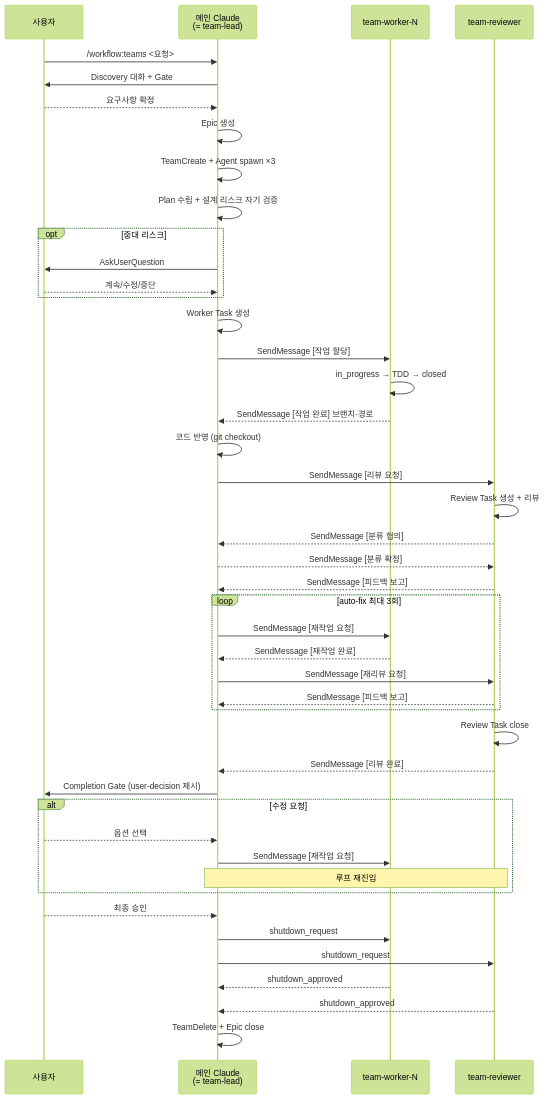
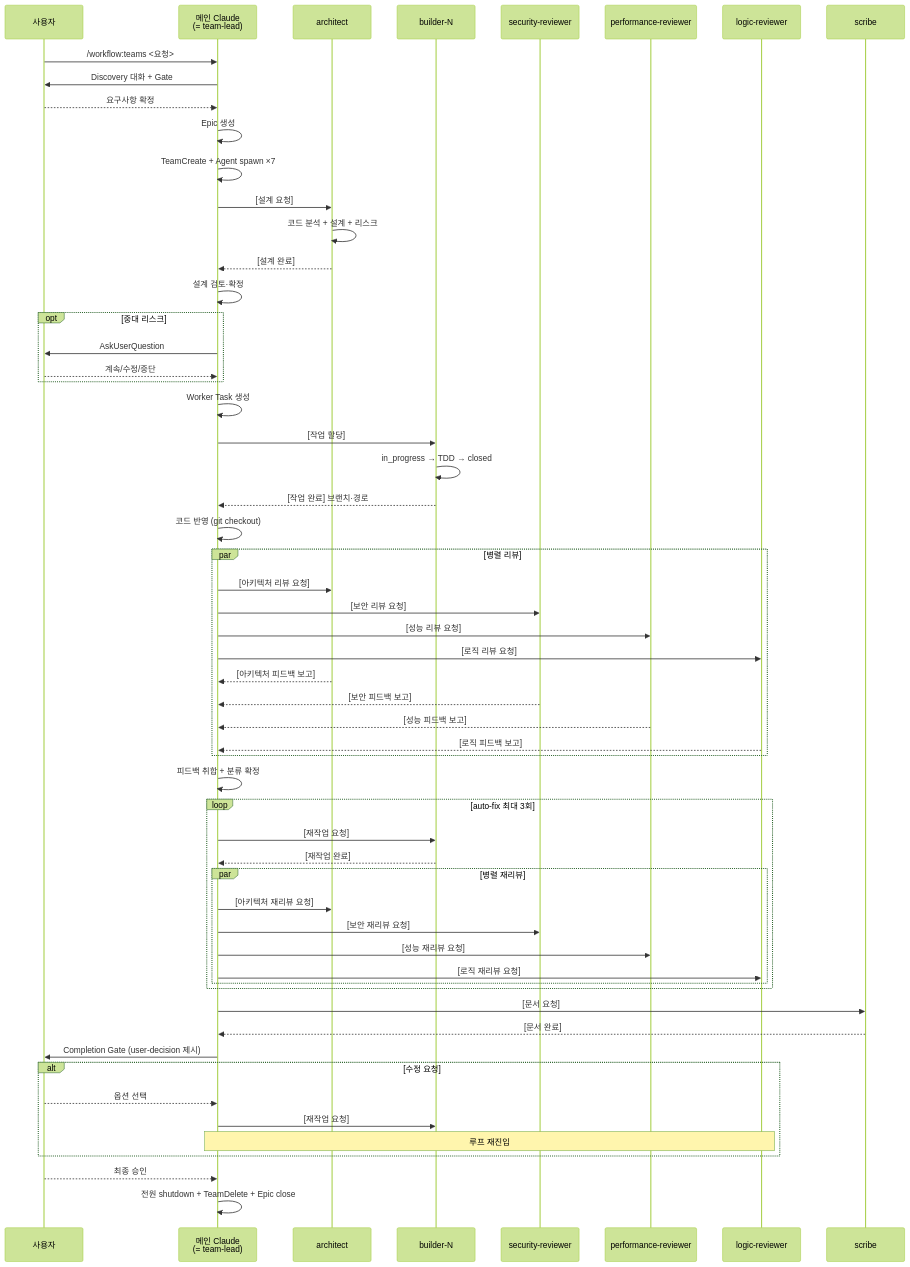
Before and after one commit to Wondermove-Inc/calab-claude-plugin: the diagram in plugins/workflow/skills/teams/SKILL.md, drawn with Mermaid (forest theme). The commit also changed other lines of this file and 14 other files, not shown here.

First line of the commit message:
[refactor]: teams 워크플로우 7인 팀 구조 전환 (workflow 4.0.1)

````diff
--- a/plugins/workflow/skills/teams/SKILL.md
+++ b/plugins/workflow/skills/teams/SKILL.md
@@ -53,52 +57,65 @@
 ```mermaid
 ---
 config:
   layout: elk
 ---
 sequenceDiagram
     participant U as 사용자
     participant MC as 메인 Claude<br/>(= team-lead)
-    participant W as team-worker-N
-    participant R as team-reviewer
+    participant A as architect
+    participant B as builder-N
+    participant SR as security-reviewer
+    participant PR as performance-reviewer
+    participant LR as logic-reviewer
+    participant S as scribe
 
     U->>MC: /workflow:teams <요청>
     MC->>U: Discovery 대화 + Gate
     U-->>MC: 요구사항 확정
     MC->>MC: Epic 생성
-    MC->>MC: TeamCreate + Agent spawn ×3
-    MC->>MC: Plan 수립 + 설계 리스크 자기 검증
+    MC->>MC: TeamCreate + Agent spawn ×7
+    MC->>A: [설계 요청]
+    A->>A: 코드 분석 + 설계 + 리스크
+    A-->>MC: [설계 완료]
+    MC->>MC: 설계 검토·확정
     opt 중대 리스크
         MC->>U: AskUserQuestion
         U-->>MC: 계속/수정/중단
     end
     MC->>MC: Worker Task 생성
-    MC->>W: SendMessage [작업 할당]
-    W->>W: in_progress → TDD → closed
-    W-->>MC: SendMessage [작업 완료] 브랜치·경로
+    MC->>B: [작업 할당]
+    B->>B: in_progress → TDD → closed
+    B-->>MC: [작업 완료] 브랜치·경로
     MC->>MC: 코드 반영 (git checkout)
-    MC->>R: SendMessage [리뷰 요청]
-    R->>R: Review Task 생성 + 리뷰
-    R-->>MC: SendMessage [분류 협의]
-    MC-->>R: SendMessage [분류 확정]
-    R-->>MC: SendMessage [피드백 보고]
+    par 병렬 리뷰
+        MC->>A: [아키텍처 리뷰 요청]
+        MC->>SR: [보안 리뷰 요청]
+        MC->>PR: [성능 리뷰 요청]
+        MC->>LR: [로직 리뷰 요청]
+        A-->>MC: [아키텍처 피드백 보고]
+        SR-->>MC: [보안 피드백 보고]
+        PR-->>MC: [성능 피드백 보고]
+        LR-->>MC: [로직 피드백 보고]
+    end
+    MC->>MC: 피드백 취합 + 분류 확정
     loop auto-fix 최대 3회
-        MC->>W: SendMessage [재작업 요청]
-        W-->>MC: SendMessage [재작업 완료]
-        MC->>R: SendMessage [재리뷰 요청]
-        R-->>MC: SendMessage [피드백 보고]
+        MC->>B: [재작업 요청]
+        B-->>MC: [재작업 완료]
+        par 병렬 재리뷰
+            MC->>A: [아키텍처 재리뷰 요청]
+            MC->>SR: [보안 재리뷰 요청]
+            MC->>PR: [성능 재리뷰 요청]
+            MC->>LR: [로직 재리뷰 요청]
+        end
     end
-    R->>R: Review Task close
-    R-->>MC: SendMessage [리뷰 완료]
+    MC->>S: [문서 요청]
+    S-->>MC: [문서 완료]
     MC->>U: Completion Gate (user-decision 제시)
     alt 수정 요청
         U-->>MC: 옵션 선택
-        MC->>W: SendMessage [재작업 요청]
-        note over MC,R: 루프 재진입
+        MC->>B: [재작업 요청]
+        note over MC,LR: 루프 재진입
     end
     U-->>MC: 최종 승인
-    MC->>W: shutdown_request
-    MC->>R: shutdown_request
-    W-->>MC: shutdown_approved
-    R-->>MC: shutdown_approved
-    MC->>MC: TeamDelete + Epic close
+    MC->>MC: 전원 shutdown + TeamDelete + Epic close
 ```
````
